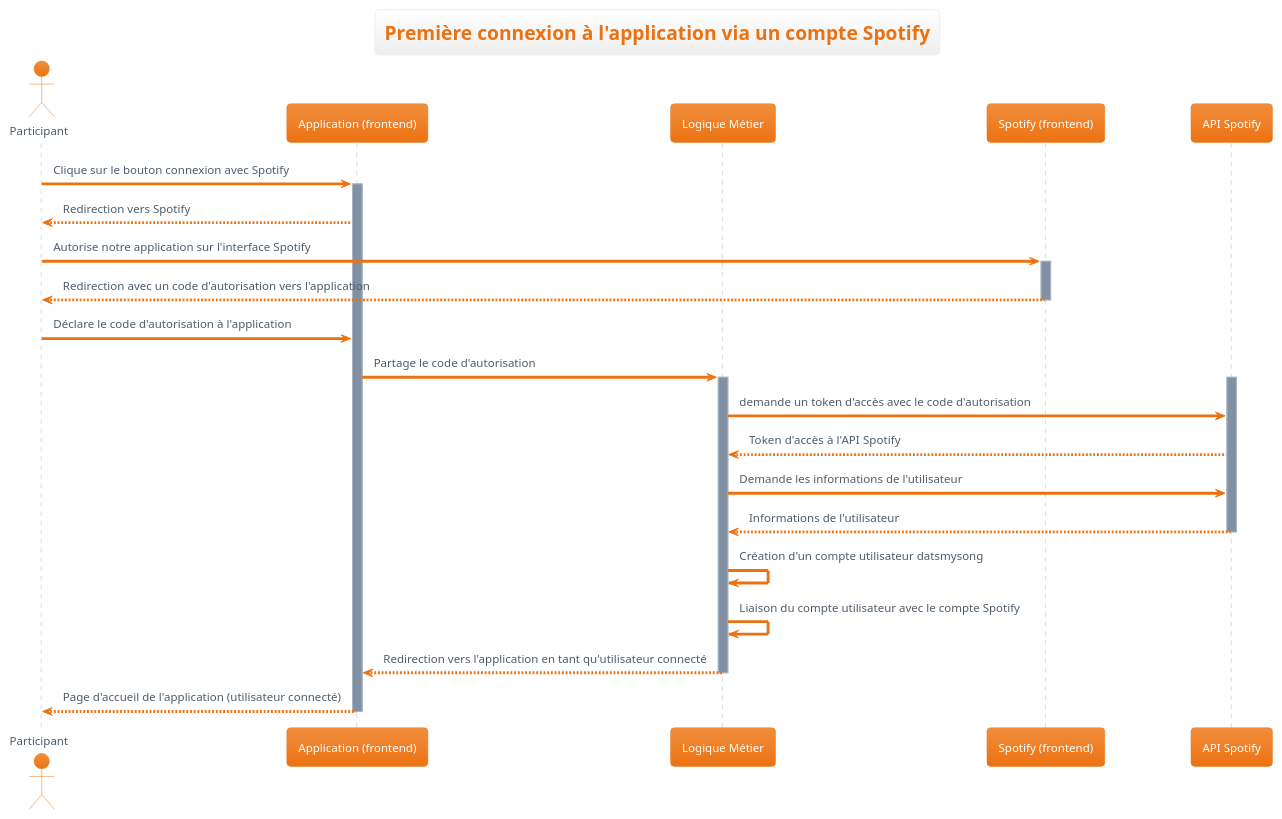
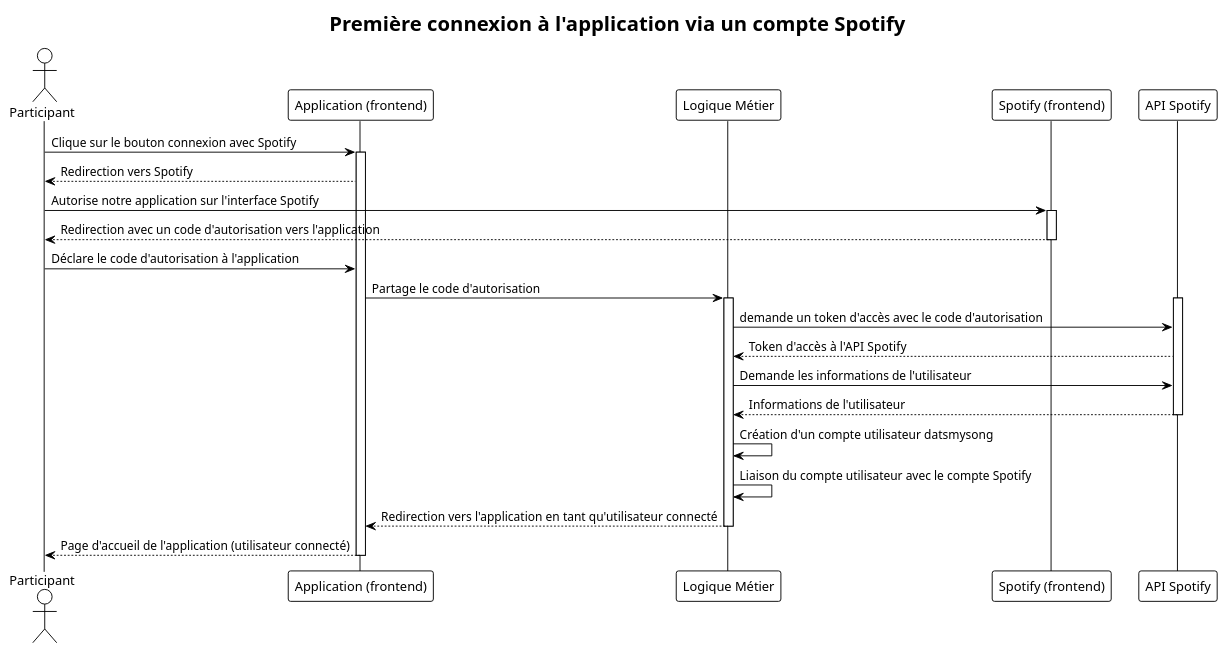
Before and after one commit to datsmysong/app: the diagram in Document du projet/Etude préalable/Diagrammes/Diagrammes de séquence/inscription_provider_spotify.puml, drawn with PlantUML. The commit also changed 5 other files, not shown here.

Commit message:
refactor: mooved CU diagrams

```diff
--- a/Document du projet/Etude préalable/Diagrammes/Diagrammes de séquence/inscription_provider_spotify.puml
+++ b/Document du projet/Etude préalable/Diagrammes/Diagrammes de séquence/inscription_provider_spotify.puml
@@ -1,33 +1,33 @@
-@startuml Diagramme de séquence
+@startuml inscription_provider_spotify
 title Première connexion à l'application via un compte Spotify
-!theme aws-orange
+!theme plain
 
 actor Participant as User
 participant App as "Application (frontend)"
 participant LogiqueMetier as "Logique Métier"
 participant Spotify as "Spotify (frontend)"
 participant SpotifyAPI as "API Spotify"
 
 User -> App: Clique sur le bouton connexion avec Spotify
 activate App
 User <-- App: Redirection vers Spotify
 User -> Spotify: Autorise notre application sur l'interface Spotify
 activate Spotify
 User <-- Spotify: Redirection avec un code d'autorisation vers l'application
 deactivate Spotify
 User -> App: Déclare le code d'autorisation à l'application
 App -> LogiqueMetier: Partage le code d'autorisation
 activate LogiqueMetier
 activate SpotifyAPI
 LogiqueMetier -> SpotifyAPI: demande un token d'accès avec le code d'autorisation
 LogiqueMetier <-- SpotifyAPI: Token d'accès à l'API Spotify
 LogiqueMetier -> SpotifyAPI: Demande les informations de l'utilisateur
 LogiqueMetier <-- SpotifyAPI: Informations de l'utilisateur
 deactivate SpotifyAPI
 LogiqueMetier -> LogiqueMetier: Création d'un compte utilisateur datsmysong
 LogiqueMetier -> LogiqueMetier: Liaison du compte utilisateur avec le compte Spotify
 App <-- LogiqueMetier : Redirection vers l'application en tant qu'utilisateur connecté
 deactivate LogiqueMetier
 User <-- App : Page d'accueil de l'application (utilisateur connecté)
 deactivate App
 @enduml
```
